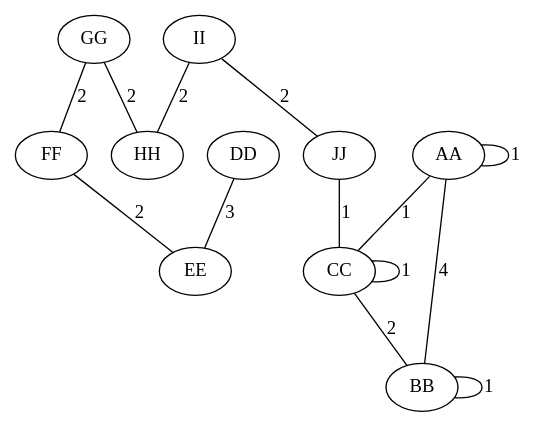
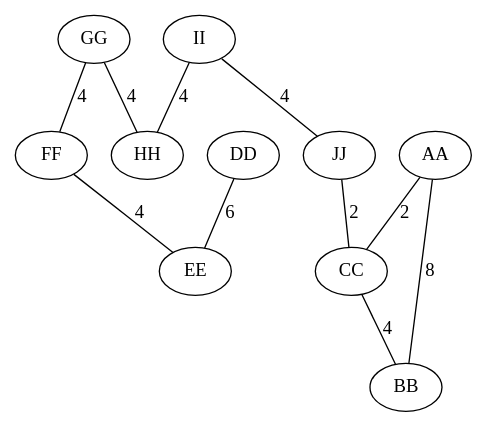
The diagram in TP2/src/main/resources/graph.dot (L-zed/TP2_AnalyseStatique), drawn with Graphviz before and after one commit. The commit also changed 6 other files, not shown here.

```diff
--- a/TP2/src/main/resources/graph.dot
+++ b/TP2/src/main/resources/graph.dot
@@ -1,16 +1,13 @@
 digraph "graph" {
 edge[dir=none]
-"II"->"HH" [ label="2" ]
-"II"->"JJ" [ label="2" ]
-"GG"->"FF" [ label="2" ]
-"GG"->"HH" [ label="2" ]
-"AA"->"AA" [ label="1" ]
-"AA"->"BB" [ label="4" ]
-"AA"->"CC" [ label="1" ]
-"FF"->"EE" [ label="2" ]
-"DD"->"EE" [ label="3" ]
-"CC"->"BB" [ label="2" ]
-"CC"->"CC" [ label="1" ]
-"JJ"->"CC" [ label="1" ]
-"BB"->"BB" [ label="1" ]
+"II"->"HH" [ label="4" ]
+"II"->"JJ" [ label="4" ]
+"GG"->"FF" [ label="4" ]
+"GG"->"HH" [ label="4" ]
+"AA"->"BB" [ label="8" ]
+"AA"->"CC" [ label="2" ]
+"FF"->"EE" [ label="4" ]
+"DD"->"EE" [ label="6" ]
+"CC"->"BB" [ label="4" ]
+"JJ"->"CC" [ label="2" ]
 }
```
